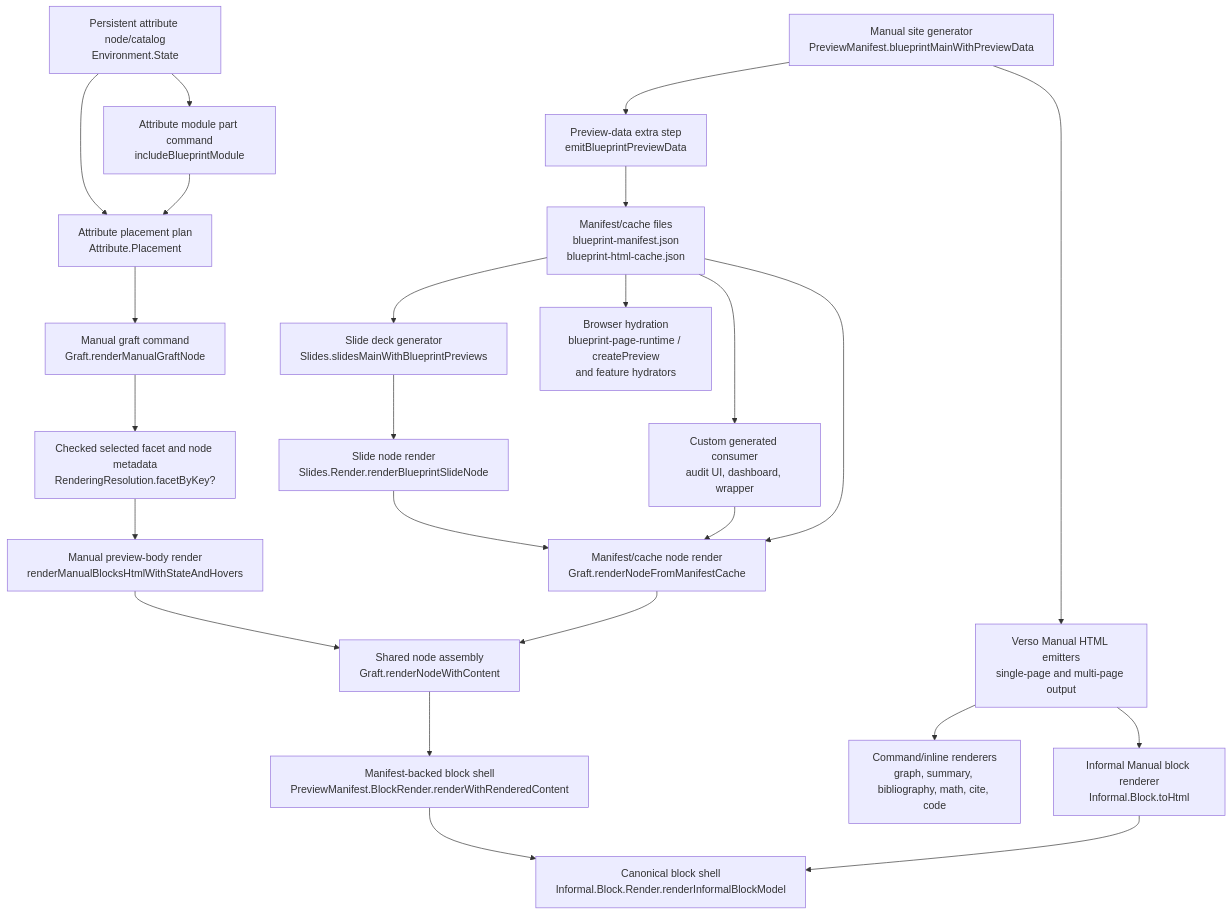
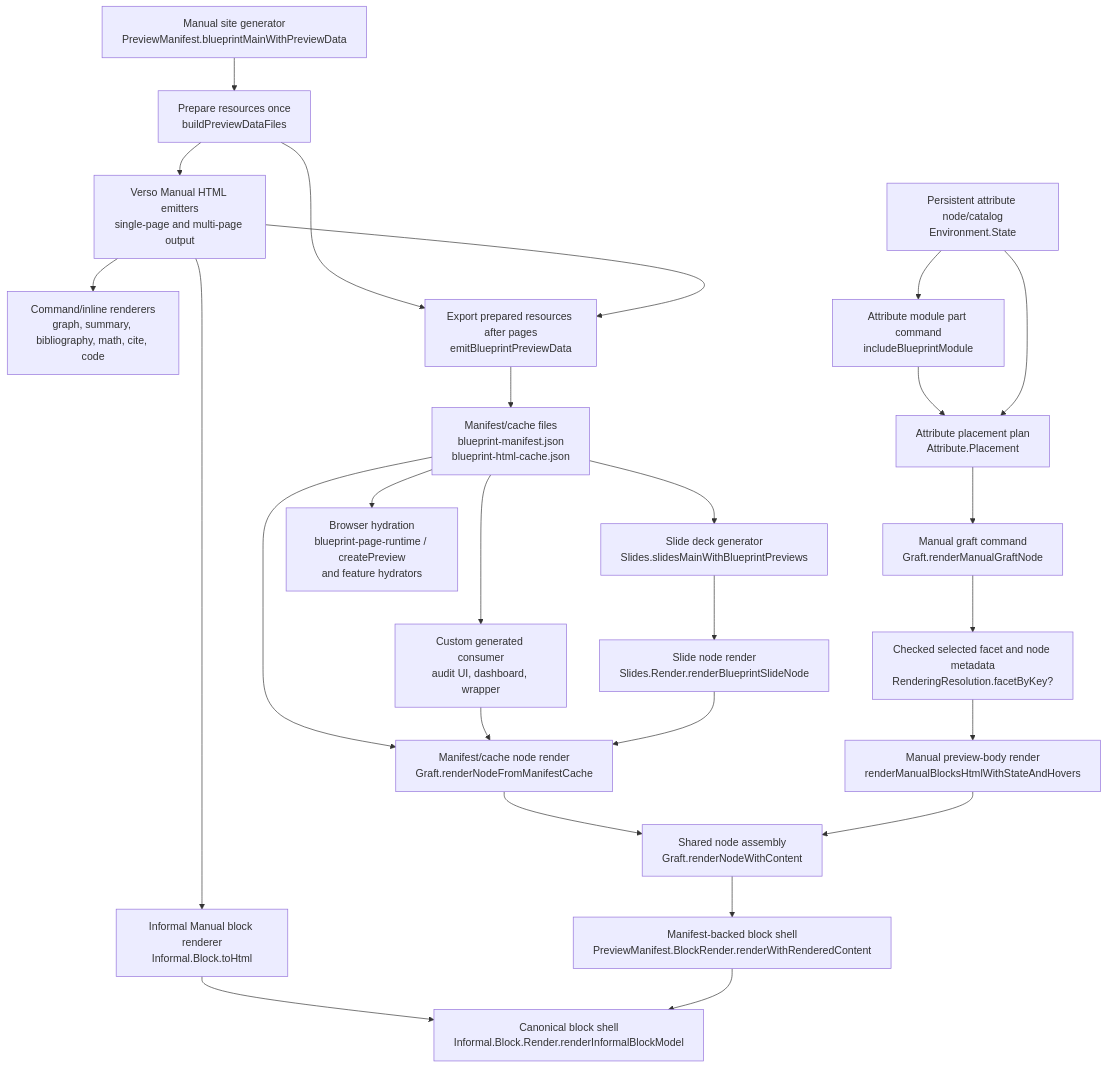
Before and after one commit to leanprover/verso-blueprint: the third of 3 diagrams in doc/DESIGN_RATIONALE.md, drawn with Mermaid. The commit also changed other lines of this file and 10 other files, not shown here.

Commit message:
refactor: prepare preview resources before HTML emission

````diff
--- a/doc/DESIGN_RATIONALE.md
+++ b/doc/DESIGN_RATIONALE.md
@@ -568,51 +568,54 @@
 ```mermaid
 flowchart TD
   manualMain["Manual site generator<br/>PreviewManifest.blueprintMainWithPreviewData"]
   versoEmit["Verso Manual HTML emitters<br/>single-page and multi-page output"]
   informalManual["Informal Manual block renderer<br/>Informal.Block.toHtml"]
   commandRenderers["Command/inline renderers<br/>graph, summary, bibliography, math, cite, code"]
-  previewExtra["Preview-data extra step<br/>emitBlueprintPreviewData"]
+  previewPrepare["Prepare resources once<br/>buildPreviewDataFiles"]
+  previewExtra["Export prepared resources after pages<br/>emitBlueprintPreviewData"]
   previewFiles["Manifest/cache files<br/>blueprint-manifest.json<br/>blueprint-html-cache.json"]
 
   attributeEnv["Persistent attribute node/catalog<br/>Environment.State"]
   moduleInclude["Attribute module part command<br/>includeBlueprintModule"]
   attributePlacement["Attribute placement plan<br/>Attribute.Placement"]
   manualGraft["Manual graft command<br/>Graft.renderManualGraftNode"]
   traversalPreview["Checked selected facet and node metadata<br/>RenderingResolution.facetByKey?"]
   manualPreviewHtml["Manual preview-body render<br/>renderManualBlocksHtmlWithStateAndHovers"]
 
   slideMain["Slide deck generator<br/>Slides.slidesMainWithBlueprintPreviews"]
   slideRender["Slide node render<br/>Slides.Render.renderBlueprintSlideNode"]
   customRender["Custom generated consumer<br/>audit UI, dashboard, wrapper"]
   graftCache["Manifest/cache node render<br/>Graft.renderNodeFromManifestCache"]
   graftContent["Shared node assembly<br/>Graft.renderNodeWithContent"]
   manifestBlock["Manifest-backed block shell<br/>PreviewManifest.BlockRender.renderWithRenderedContent"]
   blockShell["Canonical block shell<br/>Informal.Block.Render.renderInformalBlockModel"]
   browserRuntime["Browser hydration<br/>blueprint-page-runtime / createPreview<br/>and feature hydrators"]
 
-  manualMain --> versoEmit
+  manualMain --> previewPrepare
+  previewPrepare --> versoEmit
   versoEmit --> informalManual
   versoEmit --> commandRenderers
-  manualMain --> previewExtra
+  versoEmit --> previewExtra
+  previewPrepare --> previewExtra
   previewExtra --> previewFiles
 
   attributeEnv --> moduleInclude
   attributeEnv --> attributePlacement
   moduleInclude --> attributePlacement
   attributePlacement --> manualGraft
   manualGraft --> traversalPreview
   traversalPreview --> manualPreviewHtml
   manualPreviewHtml --> graftContent
 
   previewFiles --> slideMain
   slideMain --> slideRender
   slideRender --> graftCache
   previewFiles --> customRender
   customRender --> graftCache
   previewFiles --> graftCache
   graftCache --> graftContent
   graftContent --> manifestBlock
   manifestBlock --> blockShell
   informalManual --> blockShell
   previewFiles --> browserRuntime
 ```
````
